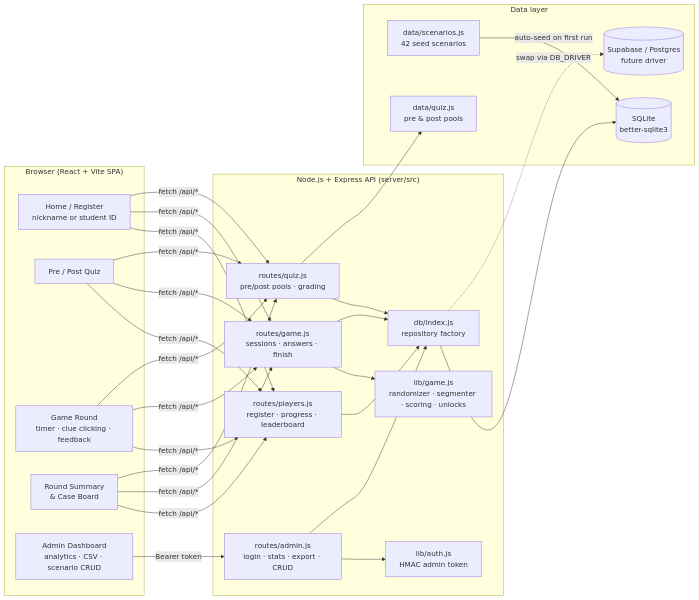
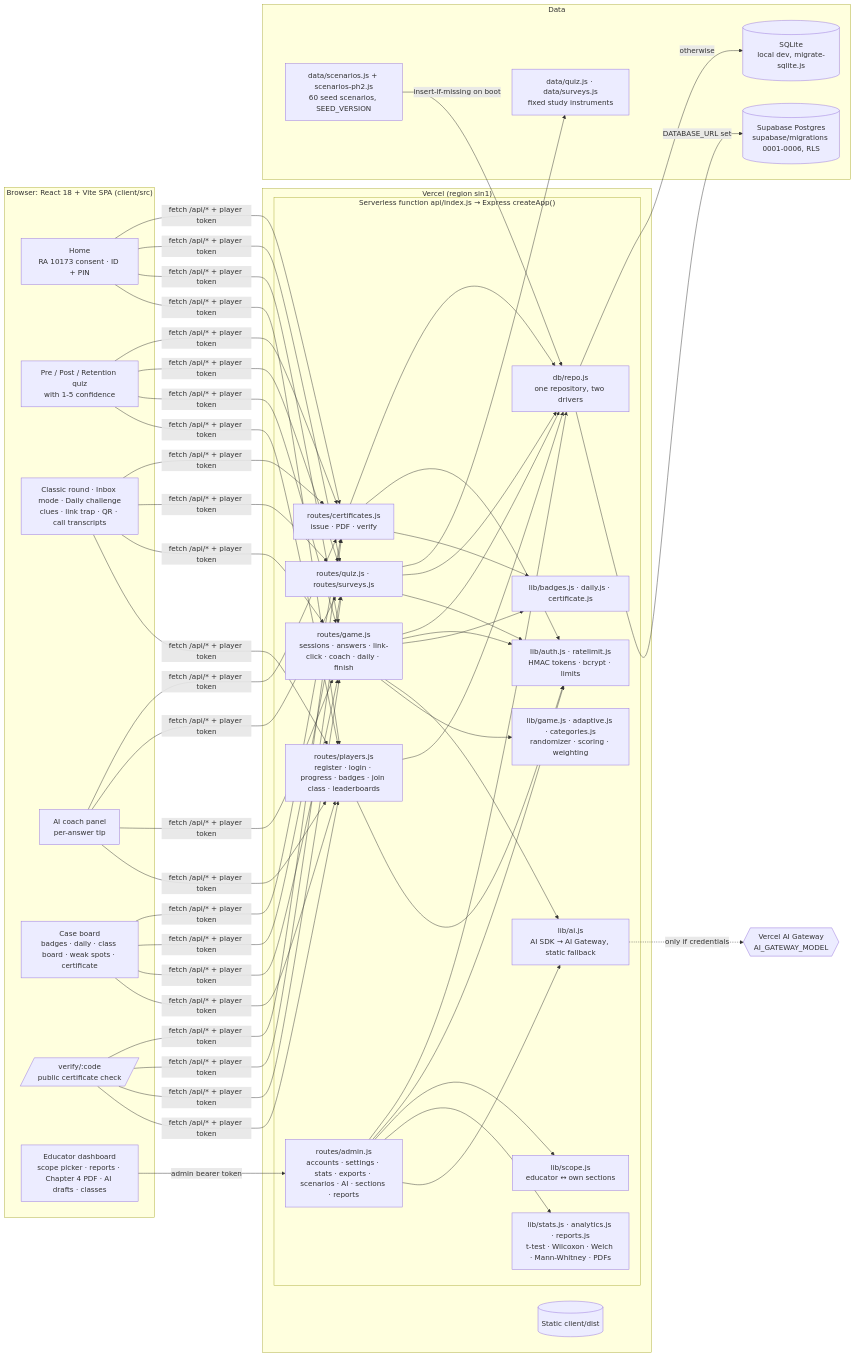
One commit to devA1drin/phishing-detective changed the first of 2 diagrams in docs/architecture.md. Above: the diagram before and after it, drawn with Mermaid. The commit also changed other lines of this file and 37 other files, not shown here.

Commit message:
Docs: README, architecture, ERD and objective mapping for phases 1-5; new screenshot walkthrough

````diff
--- a/docs/architecture.md
+++ b/docs/architecture.md
@@ -3,37 +3,51 @@
 ```mermaid
 flowchart LR
-  subgraph Browser["Browser (React + Vite SPA)"]
-    H[Home / Register<br/>nickname or student ID]
-    Q[Pre / Post Quiz]
-    G[Game Round<br/>timer · clue clicking · feedback]
-    S[Round Summary<br/>& Case Board]
-    A[Admin Dashboard<br/>analytics · CSV · scenario CRUD]
+  subgraph Browser["Browser: React 18 + Vite SPA (client/src)"]
+    H[Home<br/>RA 10173 consent · ID + PIN]
+    Q[Pre / Post / Retention quiz<br/>with 1-5 confidence]
+    G[Classic round · Inbox mode · Daily challenge<br/>clues · link trap · QR · call transcripts]
+    C[AI coach panel<br/>per-answer tip]
+    HB[Case board<br/>badges · daily · class board · weak spots · certificate]
+    V[/verify/:code<br/>public certificate check/]
+    A[Educator dashboard<br/>scope picker · reports · Chapter 4 PDF · AI drafts · classes]
   end
 
-  subgraph Server["Node.js + Express API (server/src)"]
-    R1[routes/players.js<br/>register · progress · leaderboard]
-    R2[routes/game.js<br/>sessions · answers · finish]
-    R3[routes/quiz.js<br/>pre/post pools · grading]
-    R4[routes/admin.js<br/>login · stats · export · CRUD]
-    L[lib/game.js<br/>randomizer · segmenter · scoring · unlocks]
-    AU[lib/auth.js<br/>HMAC admin token]
-    REPO[db/index.js<br/>repository factory]
+  subgraph Vercel["Vercel (region sin1)"]
+    CDN[(Static client/dist)]
+    subgraph Fn["Serverless function api/index.js → Express createApp()"]
+      R1[routes/players.js<br/>register · login · progress · badges · join class · leaderboards]
+      R2[routes/game.js<br/>sessions · answers · link-click · coach · daily · finish]
+      R3[routes/quiz.js · routes/surveys.js]
+      R4[routes/admin.js<br/>accounts · settings · stats · exports · scenarios · AI · sections · reports]
+      R5[routes/certificates.js<br/>issue · PDF · verify]
+      LG[lib/game.js · adaptive.js · categories.js<br/>randomizer · scoring · weighting]
+      LA[lib/ai.js<br/>AI SDK → AI Gateway, static fallback]
+      LS[lib/stats.js · analytics.js · reports.js<br/>t-test · Wilcoxon · Welch · Mann-Whitney · PDFs]
+      LB[lib/badges.js · daily.js · certificate.js]
+      SC[lib/scope.js<br/>educator ↔ own sections]
+      AU[lib/auth.js · ratelimit.js<br/>HMAC tokens · bcrypt · limits]
+      REPO[db/repo.js<br/>one repository, two drivers]
+    end
   end
 
-  subgraph Data["Data layer"]
-    SQL[(SQLite<br/>better-sqlite3)]
-    PG[(Supabase / Postgres<br/>future driver)]
-    SEED[data/scenarios.js<br/>42 seed scenarios]
-    QP[data/quiz.js<br/>pre & post pools]
+  GW{{Vercel AI Gateway<br/>AI_GATEWAY_MODEL}}
+  subgraph Data["Data"]
+    PG[(Supabase Postgres<br/>supabase/migrations 0001-0006, RLS)]
+    SQL[(SQLite<br/>local dev, migrate-sqlite.js)]
+    SEED[data/scenarios.js + scenarios-ph2.js<br/>60 seed scenarios, SEED_VERSION]
+    QP[data/quiz.js · data/surveys.js<br/>fixed study instruments]
   end
 
-  H & Q & G & S -->|fetch /api/*| R1 & R2 & R3
-  A -->|Bearer token| R4
-  R2 --> L
-  R4 --> AU
-  R1 & R2 & R3 & R4 --> REPO
-  REPO --> SQL
-  REPO -.swap via DB_DRIVER.-> PG
-  SEED -->|auto-seed on first run| SQL
+  H & Q & G & C & HB & V -->|fetch /api/* + player token| R1 & R2 & R3 & R5
+  A -->|admin bearer token| R4
+  R2 --> LG & LA & LB
+  R4 --> LA & LS & SC
+  R5 --> LB
+  R1 & R2 & R3 & R4 & R5 --> AU
+  R1 & R2 & R3 & R4 & R5 --> REPO
+  LA -.only if credentials.-> GW
+  REPO -->|DATABASE_URL set| PG
+  REPO -->|otherwise| SQL
+  SEED -->|insert-if-missing on boot| REPO
   R3 --> QP
 ```
````
